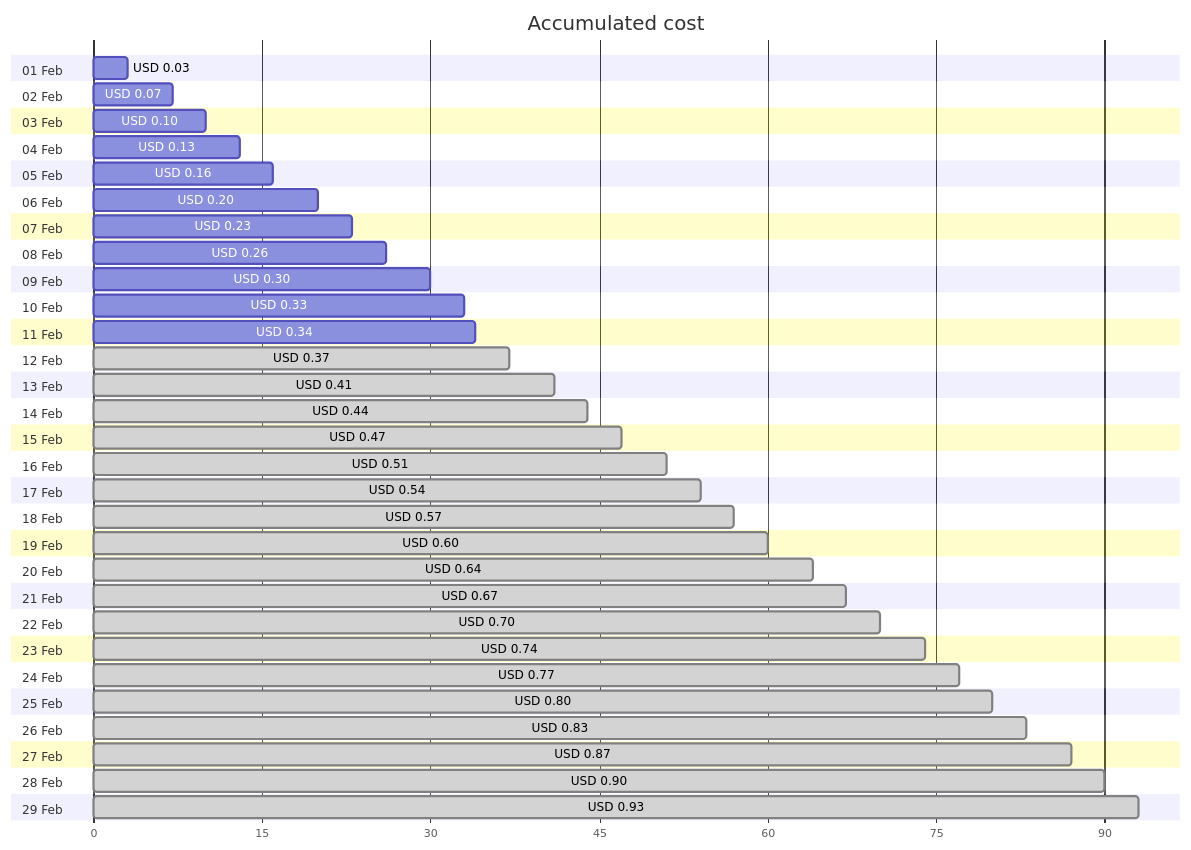
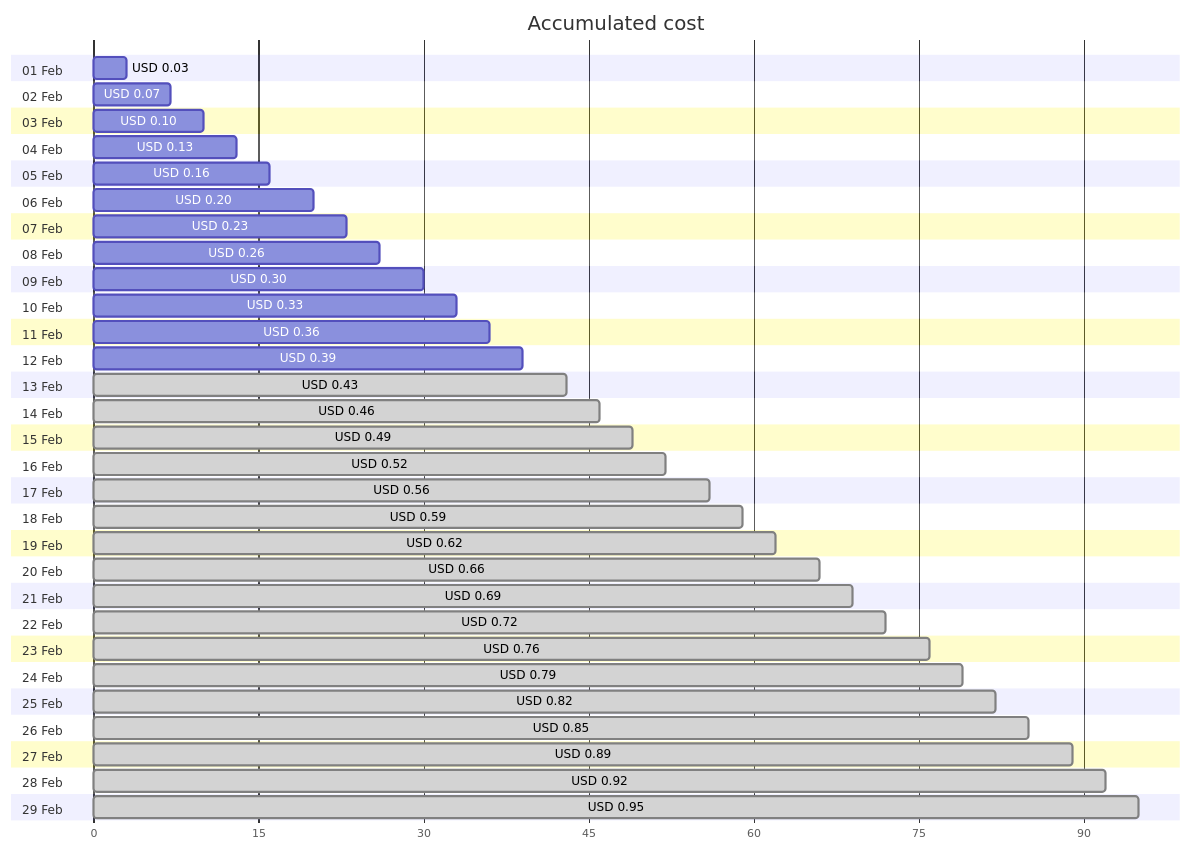
Before and after one commit to jpfulton/azure-personal-reports: the first of 4 diagrams in cost-reports/personal-dns/README.md, drawn with Mermaid. The commit also changed other lines of this file and 2 other files, not shown here.

Commit message:
Generated reports [skip ci]

````diff
--- a/cost-reports/personal-dns/README.md
+++ b/cost-reports/personal-dns/README.md
@@ -20,64 +20,64 @@
 ```mermaid
 gantt
    title Accumulated cost
    dateFormat  X
    axisFormat %s
    section 01 Feb
    USD 0.03 :0, 3
    section 02 Feb
    USD 0.07 :0, 7
    section 03 Feb
    USD 0.10 :0, 10
    section 04 Feb
    USD 0.13 :0, 13
    section 05 Feb
    USD 0.16 :0, 16
    section 06 Feb
    USD 0.20 :0, 20
    section 07 Feb
    USD 0.23 :0, 23
    section 08 Feb
    USD 0.26 :0, 26
    section 09 Feb
    USD 0.30 :0, 30
    section 10 Feb
    USD 0.33 :0, 33
    section 11 Feb
-   USD 0.34 :0, 34
+   USD 0.36 :0, 36
    section 12 Feb
-   USD 0.37 : done, 0, 37
+   USD 0.39 :0, 39
    section 13 Feb
-   USD 0.41 : done, 0, 41
+   USD 0.43 : done, 0, 43
    section 14 Feb
-   USD 0.44 : done, 0, 44
+   USD 0.46 : done, 0, 46
    section 15 Feb
-   USD 0.47 : done, 0, 47
+   USD 0.49 : done, 0, 49
    section 16 Feb
-   USD 0.51 : done, 0, 51
+   USD 0.52 : done, 0, 52
    section 17 Feb
-   USD 0.54 : done, 0, 54
+   USD 0.56 : done, 0, 56
    section 18 Feb
-   USD 0.57 : done, 0, 57
+   USD 0.59 : done, 0, 59
    section 19 Feb
-   USD 0.60 : done, 0, 60
+   USD 0.62 : done, 0, 62
    section 20 Feb
-   USD 0.64 : done, 0, 64
+   USD 0.66 : done, 0, 66
    section 21 Feb
-   USD 0.67 : done, 0, 67
+   USD 0.69 : done, 0, 69
    section 22 Feb
-   USD 0.70 : done, 0, 70
+   USD 0.72 : done, 0, 72
    section 23 Feb
-   USD 0.74 : done, 0, 74
+   USD 0.76 : done, 0, 76
    section 24 Feb
-   USD 0.77 : done, 0, 77
+   USD 0.79 : done, 0, 79
    section 25 Feb
-   USD 0.80 : done, 0, 80
+   USD 0.82 : done, 0, 82
    section 26 Feb
-   USD 0.83 : done, 0, 83
+   USD 0.85 : done, 0, 85
    section 27 Feb
-   USD 0.87 : done, 0, 87
+   USD 0.89 : done, 0, 89
    section 28 Feb
-   USD 0.90 : done, 0, 90
+   USD 0.92 : done, 0, 92
    section 29 Feb
-   USD 0.93 : done, 0, 93
+   USD 0.95 : done, 0, 95
 ```
````
